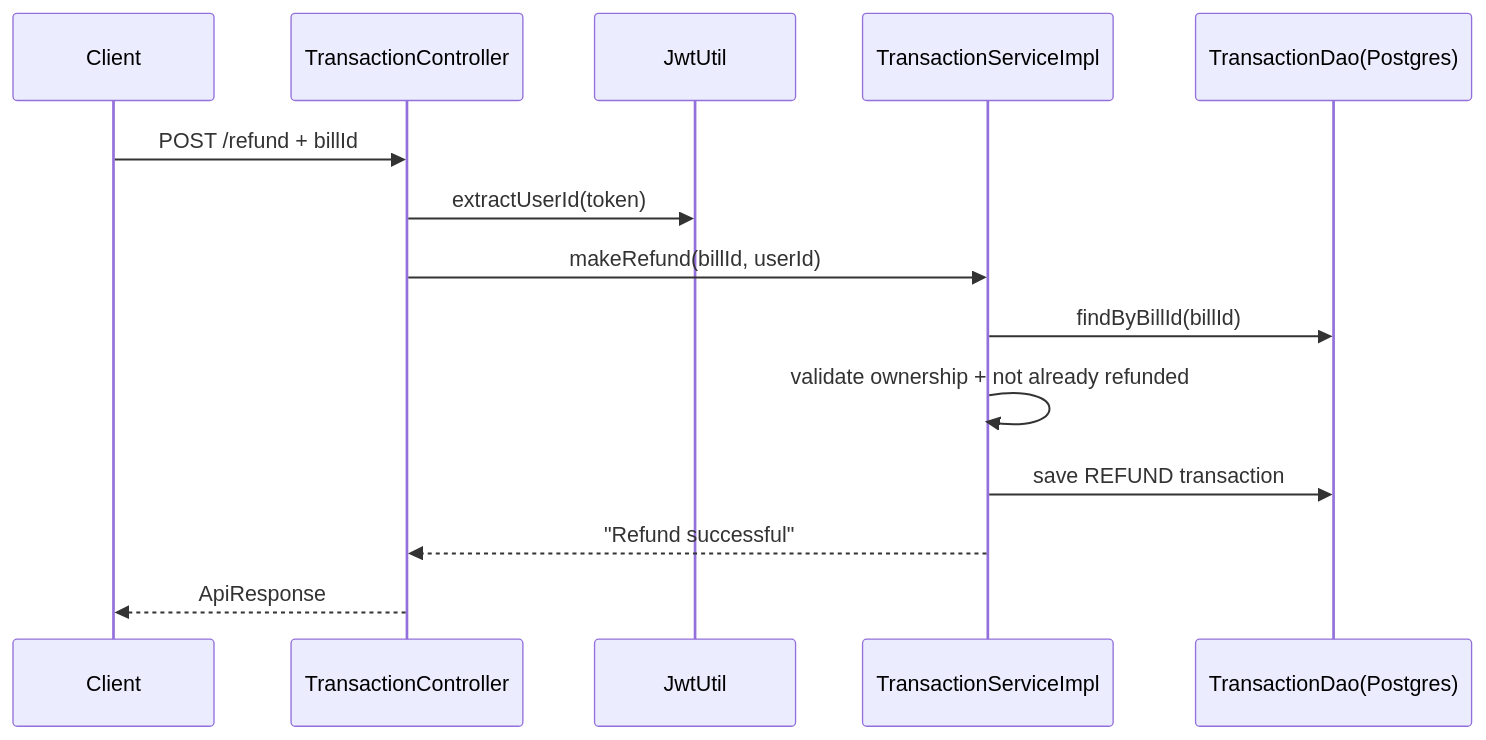
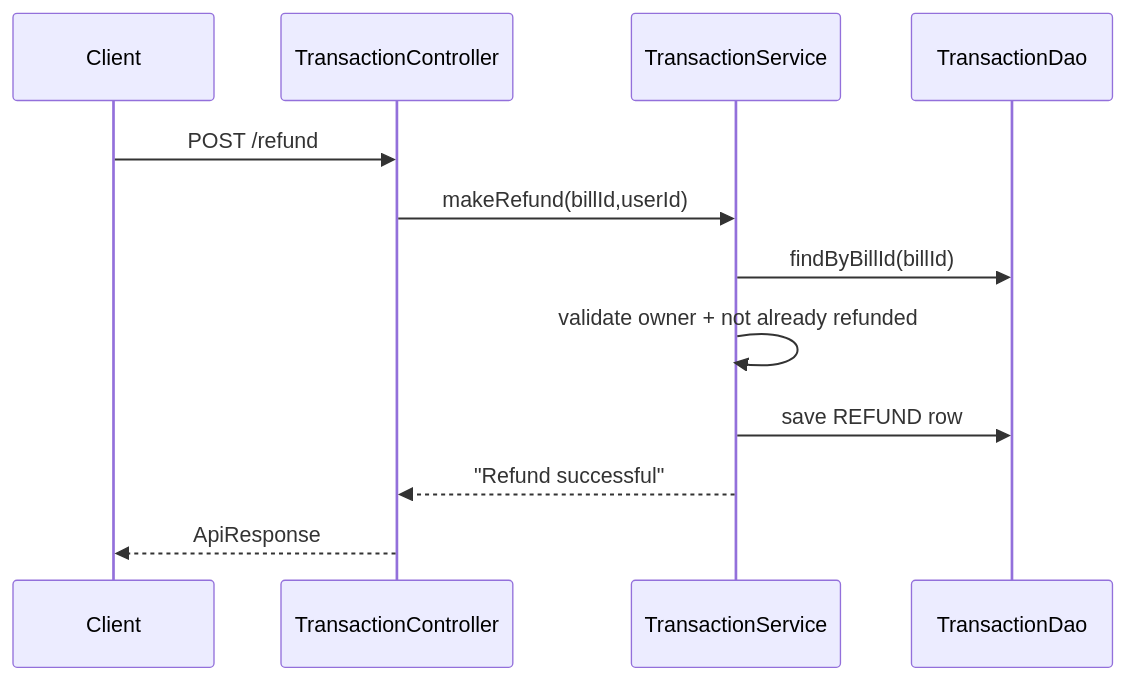
The fifth of 8 diagrams in architecture.md (anubhavbagri/kirana-register), drawn with Mermaid before and after one commit. The commit also changed other lines of this file and 1 other file, not shown here.

````diff
--- a/architecture.md
+++ b/architecture.md
@@ -156,17 +269,15 @@
 ```mermaid
 sequenceDiagram
-    participant Client
-    participant Controller as TransactionController
-    participant JWT as JwtUtil
-    participant TxService as TransactionServiceImpl
-    participant TxDao as TransactionDao(Postgres)
+    participant C as Client
+    participant TC as TransactionController
+    participant TS as TransactionService
+    participant TD as TransactionDao
 
-    Client->>Controller: POST /refund + billId
-    Controller->>JWT: extractUserId(token)
-    Controller->>TxService: makeRefund(billId, userId)
-    TxService->>TxDao: findByBillId(billId)
-    TxService->>TxService: validate ownership + not already refunded
-    TxService->>TxDao: save REFUND transaction
-    TxService-->>Controller: "Refund successful"
-    Controller-->>Client: ApiResponse
+    C->>TC: POST /refund
+    TC->>TS: makeRefund(billId,userId)
+    TS->>TD: findByBillId(billId)
+    TS->>TS: validate owner + not already refunded
+    TS->>TD: save REFUND row
+    TS-->>TC: "Refund successful"
+    TC-->>C: ApiResponse
 ```
````
